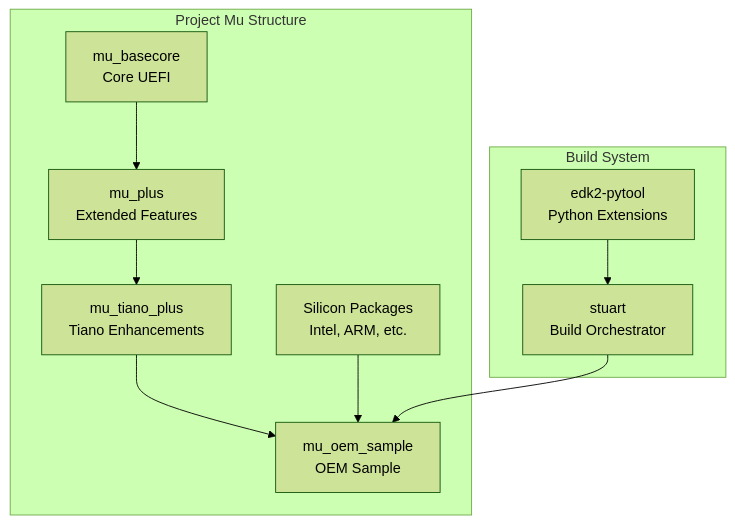
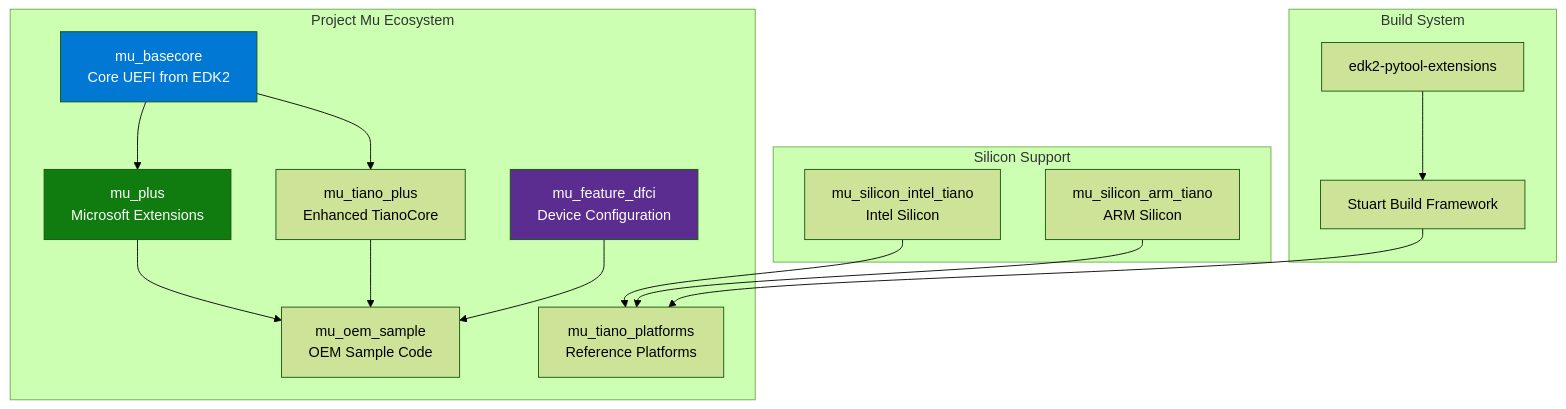
The third of 5 diagrams in appendices/b-project-mu.md (MichaelTien8901/uefi-guide-tutorial), drawn with Mermaid (forest theme) before and after one commit. The commit also changed other lines of this file, not shown here.

First line of the commit message:
Expand Project Mu appendix into comprehensive guide

````diff
--- a/appendices/b-project-mu.md
+++ b/appendices/b-project-mu.md
@@ -15,22 +132,35 @@
 ```mermaid
 graph TB
-    subgraph "Project Mu Structure"
-        MU_BASE[mu_basecore<br/>Core UEFI]
-        MU_PLUS[mu_plus<br/>Extended Features]
-        MU_TIANO[mu_tiano_plus<br/>Tiano Enhancements]
-        MU_OEM[mu_oem_sample<br/>OEM Sample]
-        MU_SILICON[Silicon Packages<br/>Intel, ARM, etc.]
+    subgraph "Project Mu Ecosystem"
+        MU_BASE[mu_basecore<br/>Core UEFI from EDK2]
+        MU_PLUS[mu_plus<br/>Microsoft Extensions]
+        MU_TIANO[mu_tiano_plus<br/>Enhanced TianoCore]
+        MU_OEM[mu_oem_sample<br/>OEM Sample Code]
+        MU_DFCI[mu_feature_dfci<br/>Device Configuration]
+        MU_PLAT[mu_tiano_platforms<br/>Reference Platforms]
+    end
+
+    subgraph "Silicon Support"
+        MU_INTEL[mu_silicon_intel_tiano<br/>Intel Silicon]
+        MU_ARM[mu_silicon_arm_tiano<br/>ARM Silicon]
     end
 
     subgraph "Build System"
-        STUART[stuart<br/>Build Orchestrator]
-        ETOOLS[edk2-pytool<br/>Python Extensions]
+        STUART[Stuart Build Framework]
+        PYTOOL[edk2-pytool-extensions]
     end
 
     MU_BASE --> MU_PLUS
-    MU_PLUS --> MU_TIANO
+    MU_BASE --> MU_TIANO
+    MU_PLUS --> MU_OEM
     MU_TIANO --> MU_OEM
-    MU_SILICON --> MU_OEM
-    STUART --> MU_OEM
-    ETOOLS --> STUART
+    MU_DFCI --> MU_OEM
+    MU_INTEL --> MU_PLAT
+    MU_ARM --> MU_PLAT
+    PYTOOL --> STUART
+    STUART --> MU_PLAT
+
+    style MU_BASE fill:#0078d4,color:#fff
+    style MU_PLUS fill:#107c10,color:#fff
+    style MU_DFCI fill:#5c2d91,color:#fff
 ```
````
